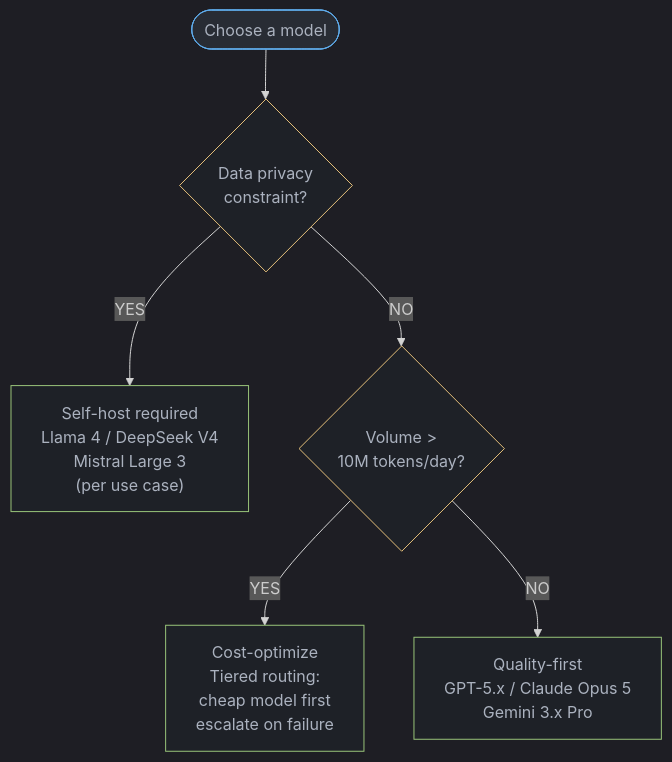
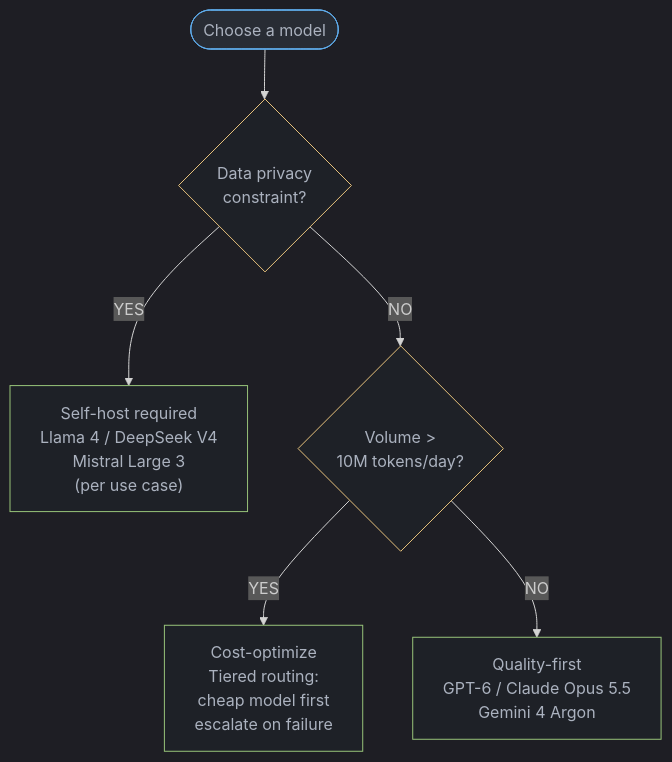
Before and after one commit to rppol/system-design: the third of 4 diagrams in src/main/java/com/rutik/systemdesign/llm/llm_ecosystem_and_landscape/llm_ecosystem_and_landscape.md, drawn with Mermaid. The commit also changed other lines of this file and 655 other files, not shown here.

````diff
--- a/src/main/java/com/rutik/systemdesign/llm/llm_ecosystem_and_landscape/llm_ecosystem_and_landscape.md
+++ b/src/main/java/com/rutik/systemdesign/llm/llm_ecosystem_and_landscape/llm_ecosystem_and_landscape.md
@@ -301,18 +334,18 @@
 ```mermaid
 %%{init: {'flowchart': {'curve': 'basis'}, 'theme': 'dark'}}%%
 flowchart TD
     Start([Choose a model]) --> Privacy{"Data privacy\nconstraint?"}
     Privacy -- YES --> SelfHost["Self-host required\nLlama 4 / DeepSeek V4\nMistral Large 3\n(per use case)"]
     Privacy -- NO --> Volume{"Volume >\n10M tokens/day?"}
     Volume -- YES --> CostOpt["Cost-optimize\nTiered routing:\ncheap model first\nescalate on failure"]
-    Volume -- NO --> Quality["Quality-first\nGPT-5.x / Claude Opus 5\nGemini 3.x Pro"]
+    Volume -- NO --> Quality["Quality-first\nGPT-6 / Claude Opus 5.5\nGemini 4 Argon"]
 
     classDef io     fill:#282c34,stroke:#61afef,color:#abb2bf
     classDef proc   fill:#1e2127,stroke:#98c379,color:#abb2bf
     classDef llm    fill:#1e2127,stroke:#c678dd,color:#abb2bf
     classDef decide fill:#1e2127,stroke:#e5c07b,color:#abb2bf
 
     class Start io
     class Privacy,Volume decide
     class SelfHost,CostOpt,Quality proc
 ```
````
